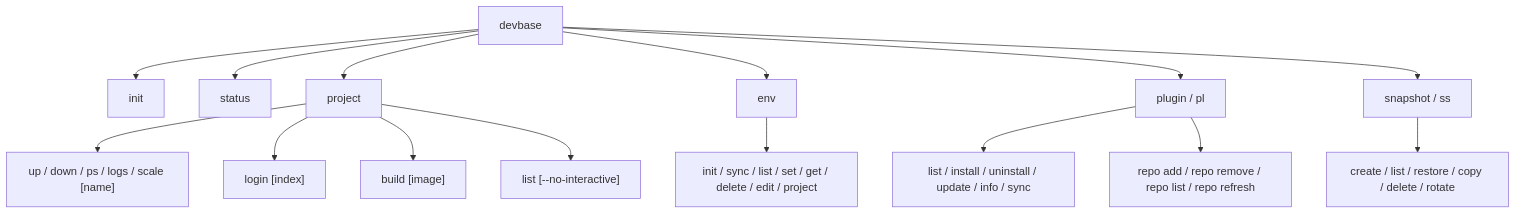
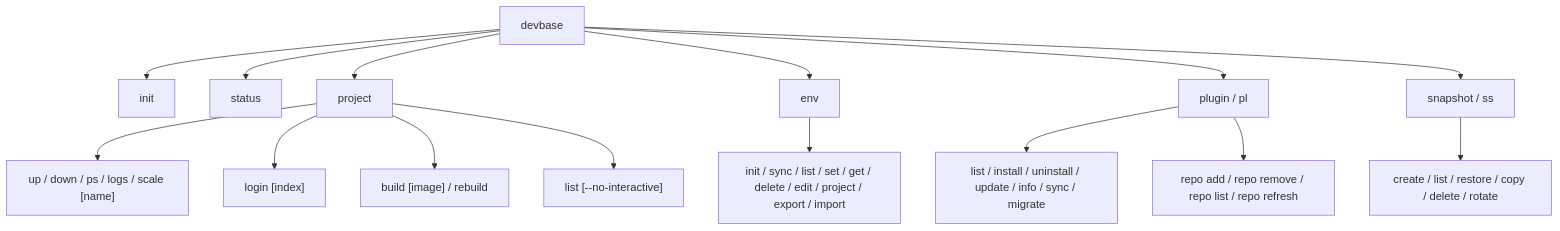
Before and after one commit to devbasex/devbase: the diagram in docs/user/cli-reference.md, drawn with Mermaid. The commit also changed other lines of this file and 3 other files, not shown here.

````diff
--- a/docs/user/cli-reference.md
+++ b/docs/user/cli-reference.md
@@ -9,17 +9,17 @@
 ```mermaid
 graph TD
     A[devbase] --> B[init]
     A --> C[status]
     A --> D[project]
     A --> E[env]
     A --> F[plugin / pl]
     A --> G[snapshot / ss]
     D --> D1["up / down / ps / logs / scale [name]"]
     D --> D3["login [index]"]
-    D --> D4["build [image]"]
+    D --> D4["build [image] / rebuild"]
     D --> D2["list [--no-interactive]"]
-    E --> E1[init / sync / list / set / get / delete / edit / project]
-    F --> F1[list / install / uninstall / update / info / sync]
+    E --> E1[init / sync / list / set / get / delete / edit / project / export / import]
+    F --> F1[list / install / uninstall / update / info / sync / migrate]
     F --> F2[repo add / repo remove / repo list / repo refresh]
     G --> G1[create / list / restore / copy / delete / rotate]
 ```
````
